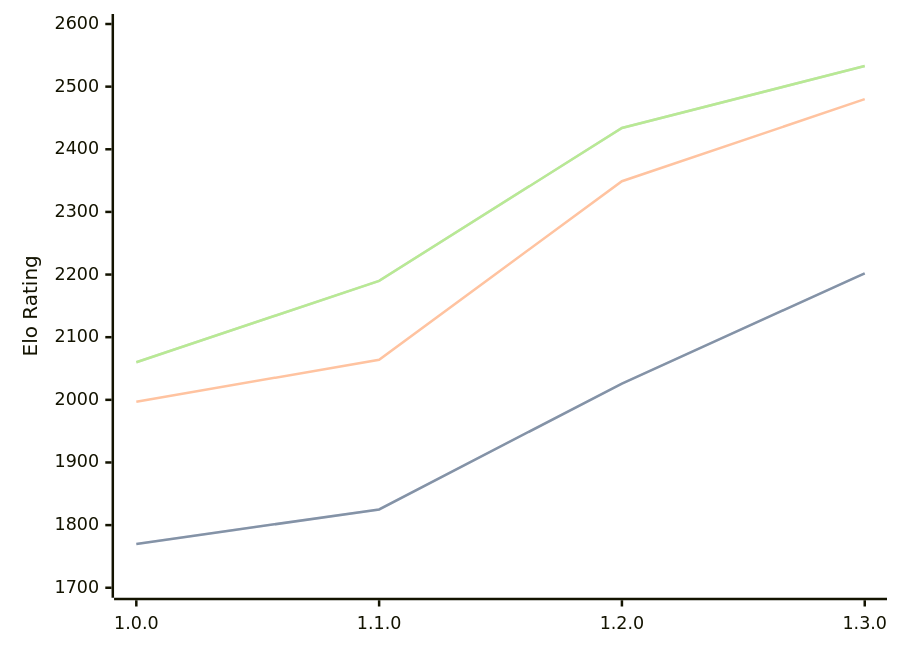
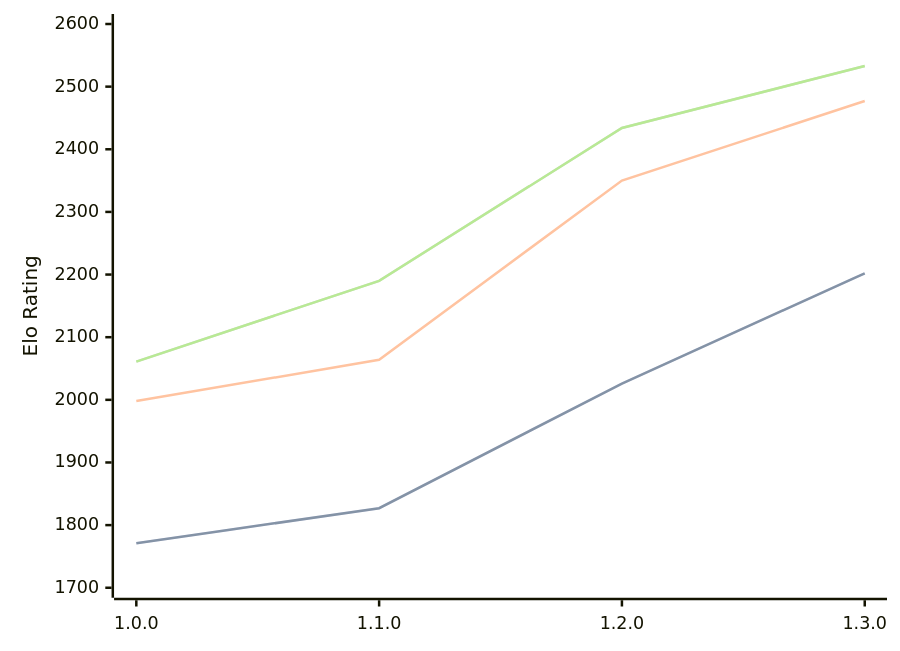
The diagram in engines/Anodos.md (computer-chess-index/cci), drawn with Mermaid before and after one commit. The commit also changed other lines of this file, not shown here.

Commit message:
Update CCI Ratings (ELO VLTC) - 2026-04-19

````diff
--- a/engines/Anodos.md
+++ b/engines/Anodos.md
@@ -45,11 +45,11 @@
 ```mermaid
 %%{init: {"theme":"base","themeVariables":{"seriesColors:['#a3a3a3','#222221','#faa371']}}}%%
 xychart-beta
   x-axis ["1.0.0", "1.1.0", "1.2.0", "1.3.0"]
   y-axis "Elo Rating" 1700 --> 2600
-  line "STC (8.0+0.08s)" [1770, 1825, 2026, 2202]
-  line "STC (8.0+0.08s)" [1770, 1825, 2026, 2202]
-  line "LTC (60.0+0.60s)" [1997, 2064, 2349, 2480]
-  line "VLTC (2m24s+1.12s)" [2060, 2190, 2434, 2533]
-  line "VLTC (2m24s+1.12s)" [2060, 2190, 2434, 2533]
+  line "STC (8.0+0.08s)" [1771, 1827, 2026, 2202]
+  line "STC (8.0+0.08s)" [1771, 1827, 2026, 2202]
+  line "LTC (60.0+0.60s)" [1998, 2064, 2350, 2477]
+  line "VLTC (2m24s+1.12s)" [2061, 2190, 2434, 2533]
+  line "VLTC (2m24s+1.12s)" [2061, 2190, 2434, 2533]
 ```
````
